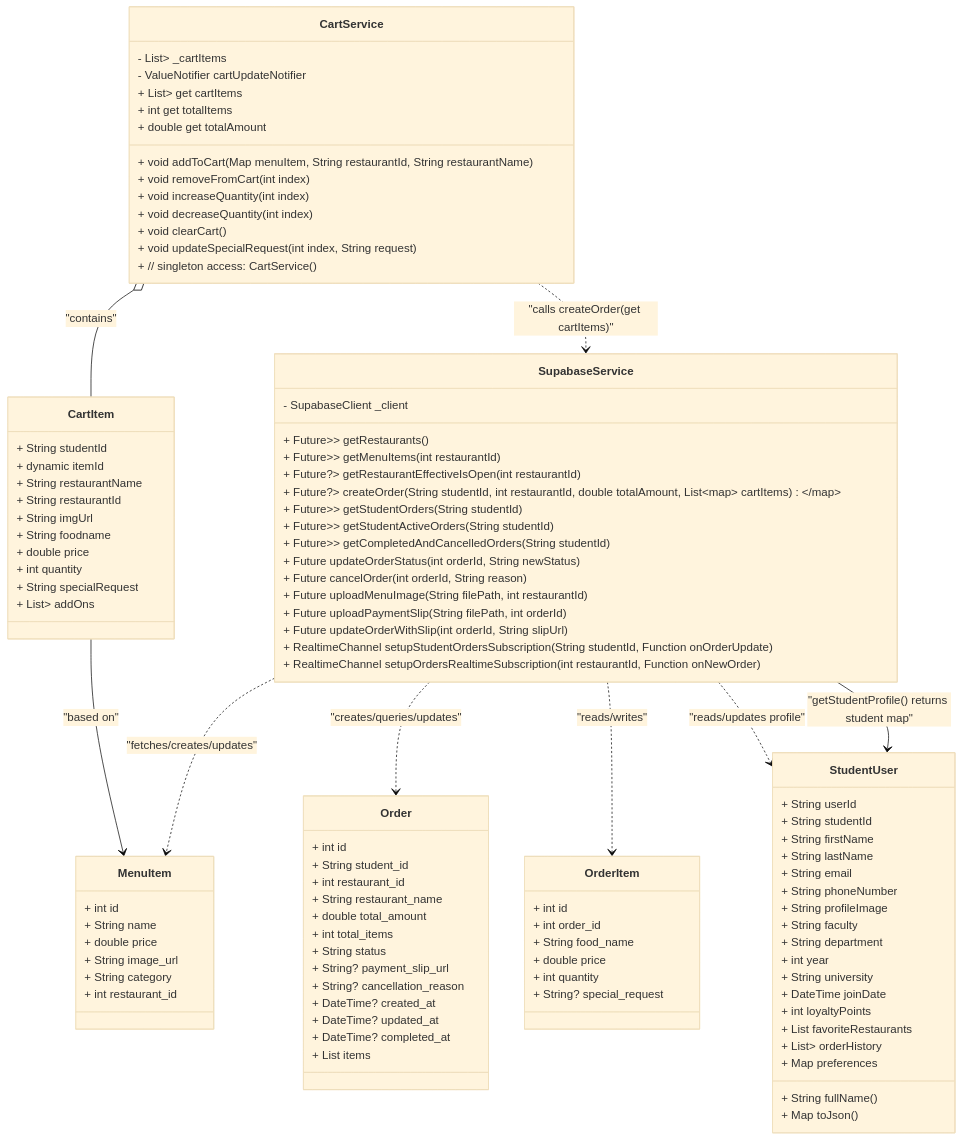
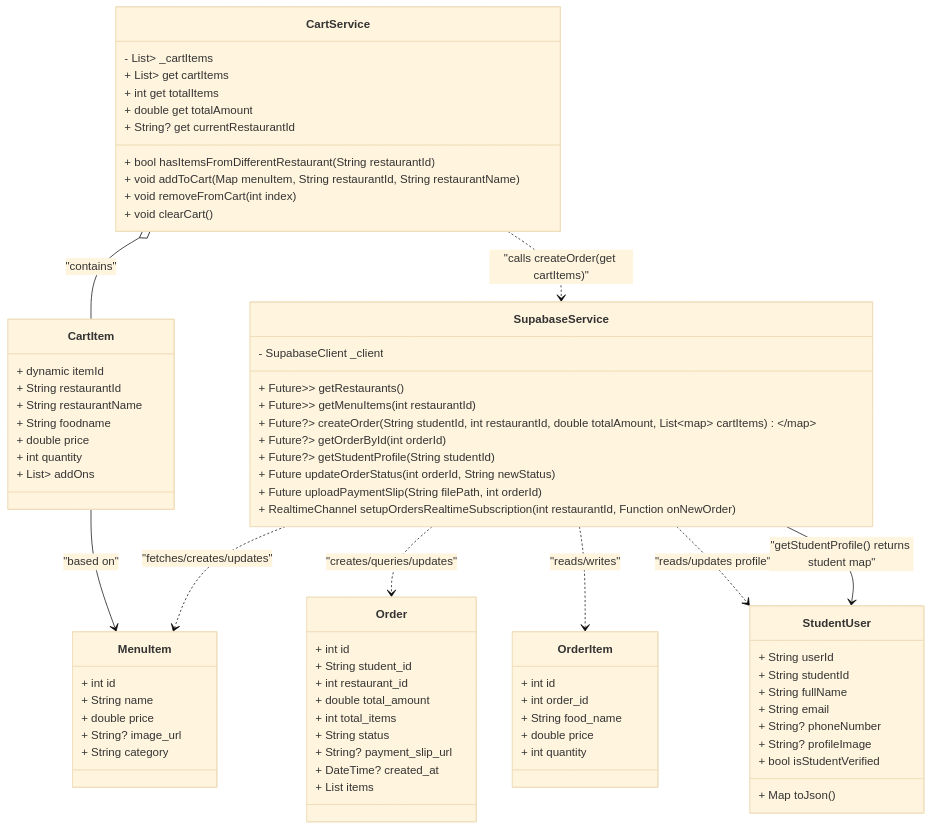
The diagram in docs/diagrams/class_diagram_part1.mmd (natawigaa/EAT_SCI), drawn with Mermaid (base theme) before and after one commit. The commit also changed 7 other files, not shown here.

Commit message:
chore(diagrams): regenerate PNGs for all diagrams and apply trimming

```diff
--- a/docs/diagrams/class_diagram_part1.mmd
+++ b/docs/diagrams/class_diagram_part1.mmd
@@ -1,119 +1,91 @@
 %% Class diagram — Part 1: Services & Models
 %% Generated: 2025-11-07
 %% Purpose: show Supabase-backed service layer and core data shapes (Cart, Orders, Menu, Student)
 
 classDiagram
 
     class SupabaseService {
         - SupabaseClient _client
         + Future<List<Map<String,dynamic>>> getRestaurants()
         + Future<List<Map<String,dynamic>>> getMenuItems(int restaurantId)
-        + Future<Map<String,dynamic>?> getRestaurantEffectiveIsOpen(int restaurantId)
         + Future<Map<String,dynamic>?> createOrder(String studentId, int restaurantId, double totalAmount, List<Map> cartItems)
-        + Future<List<Map<String,dynamic>>> getStudentOrders(String studentId)
-        + Future<List<Map<String,dynamic>>> getStudentActiveOrders(String studentId)
-        + Future<List<Map<String,dynamic>>> getCompletedAndCancelledOrders(String studentId)
+        + Future<Map<String,dynamic>?> getOrderById(int orderId)
+        + Future<Map<String,dynamic>?> getStudentProfile(String studentId)
         + Future<bool> updateOrderStatus(int orderId, String newStatus)
-        + Future<bool> cancelOrder(int orderId, String reason)
-        + Future<String?> uploadMenuImage(String filePath, int restaurantId)
         + Future<String?> uploadPaymentSlip(String filePath, int orderId)
-        + Future<bool> updateOrderWithSlip(int orderId, String slipUrl)
-        + RealtimeChannel setupStudentOrdersSubscription(String studentId, Function onOrderUpdate)
         + RealtimeChannel setupOrdersRealtimeSubscription(int restaurantId, Function onNewOrder)
     }
 
     class CartService {
         - List<Map<String,dynamic>> _cartItems
-        - ValueNotifier<int> cartUpdateNotifier
         + List<Map<String,dynamic>> get cartItems
         + int get totalItems
         + double get totalAmount
+        + String? get currentRestaurantId
+        + bool hasItemsFromDifferentRestaurant(String restaurantId)
         + void addToCart(Map<String,dynamic> menuItem, String restaurantId, String restaurantName)
         + void removeFromCart(int index)
-        + void increaseQuantity(int index)
-        + void decreaseQuantity(int index)
         + void clearCart()
-        + void updateSpecialRequest(int index, String request)
-        + // singleton access: CartService()
     }
 
     %% Core data shapes
     class StudentUser {
         + String userId
         + String studentId
-        + String firstName
-        + String lastName
+        + String fullName
         + String email
-        + String phoneNumber
-        + String profileImage
-        + String faculty
-        + String department
-        + int year
-        + String university
-        + DateTime joinDate
-        + int loyaltyPoints
-        + List<String> favoriteRestaurants
-        + List<Map<String,dynamic>> orderHistory
-        + Map<String,dynamic> preferences
-        + String fullName()
+        + String? phoneNumber
+        + String? profileImage
+        + bool isStudentVerified
         + Map<String,dynamic> toJson()
     }
 
     class CartItem {
-        + String studentId
         + dynamic itemId
+        + String restaurantId
         + String restaurantName
-        + String restaurantId
-        + String imgUrl
         + String foodname
         + double price
         + int quantity
-        + String specialRequest
         + List<Map<String,dynamic>> addOns
     }
 
     class MenuItem {
         + int id
         + String name
         + double price
-        + String image_url
+        + String? image_url
         + String category
-        + int restaurant_id
     }
 
     class Order {
         + int id
         + String student_id
         + int restaurant_id
-        + String restaurant_name
         + double total_amount
         + int total_items
         + String status
         + String? payment_slip_url
-        + String? cancellation_reason
         + DateTime? created_at
-        + DateTime? updated_at
-        + DateTime? completed_at
         + List<OrderItem> items
     }
 
     class OrderItem {
         + int id
         + int order_id
         + String food_name
         + double price
         + int quantity
-        + String? special_request
     }
 
     %% Associations
     SupabaseService ..> MenuItem : "fetches/creates/updates"
     SupabaseService ..> Order : "creates/queries/updates"
     SupabaseService ..> OrderItem : "reads/writes"
     SupabaseService ..> StudentUser : "reads/updates profile"
 
     CartService o-- CartItem : "contains"
     CartItem --> MenuItem : "based on"
     CartService ..> SupabaseService : "calls createOrder(get cartItems)"
 
     StudentUser <-- SupabaseService : "getStudentProfile() returns student map"
```
